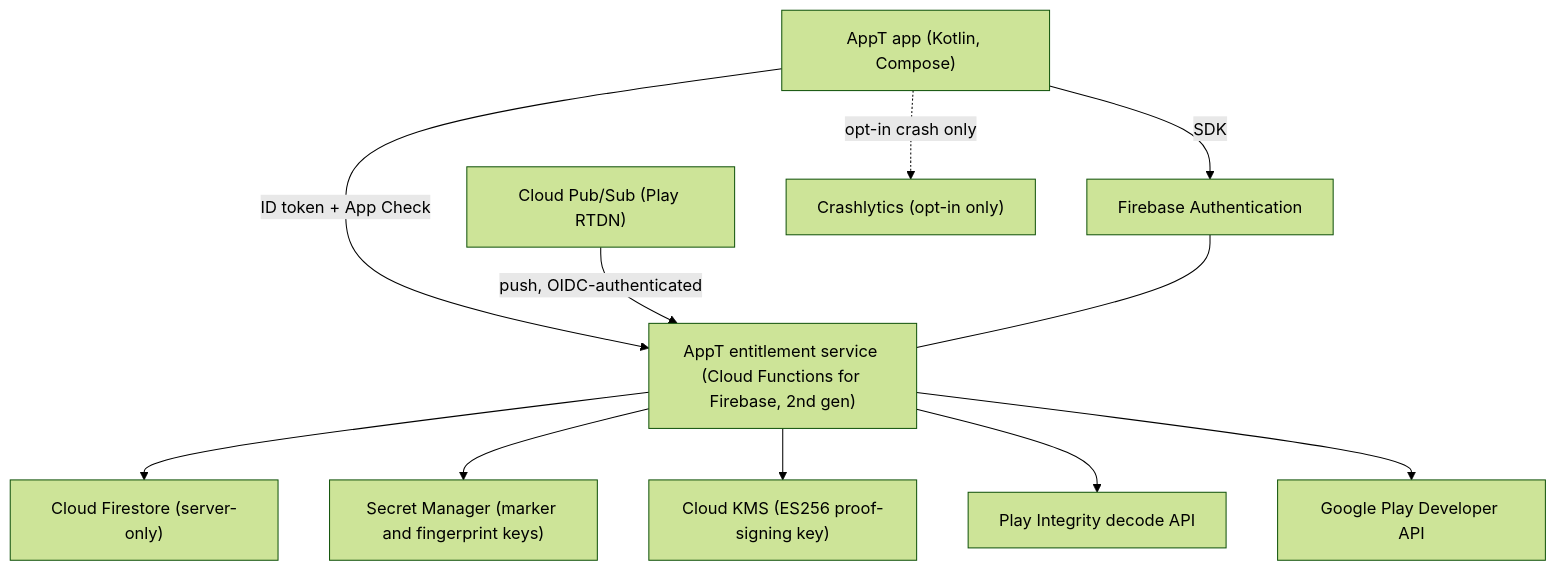
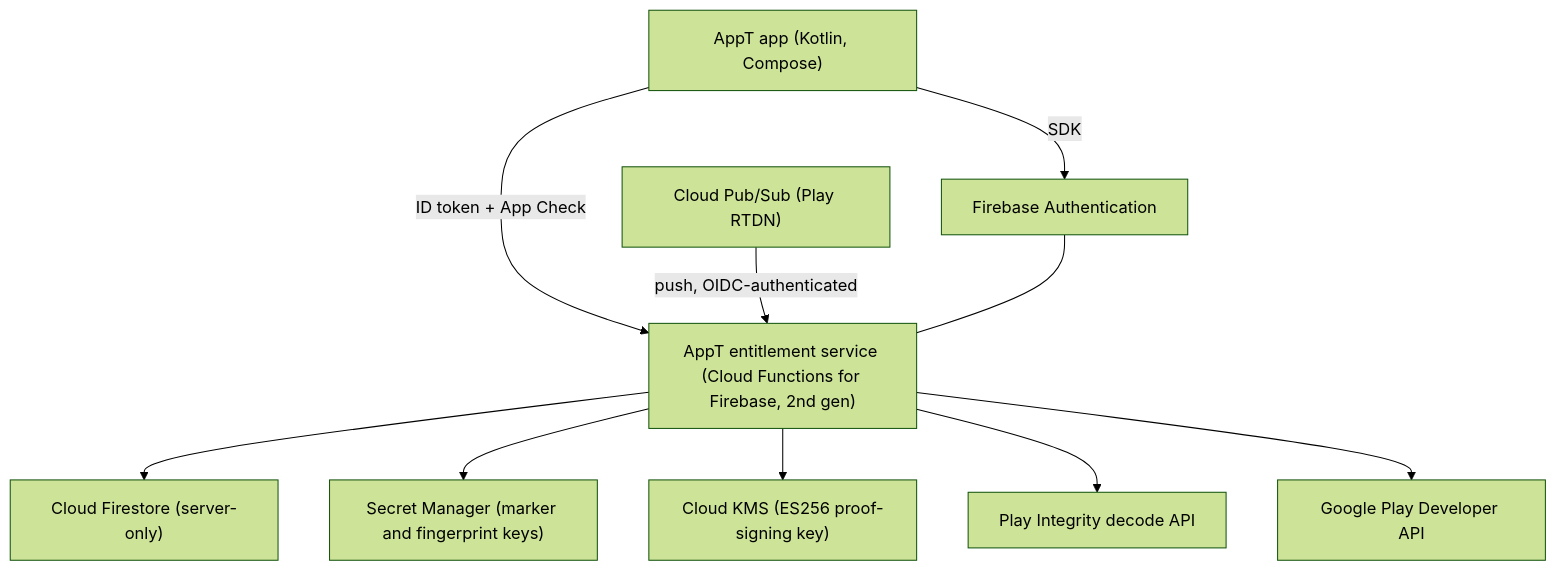
One commit to anthracite-labs/AppT changed the first of 4 diagrams in docs/architecture/sync.md. Above: the diagram before and after it, drawn with Mermaid (forest theme). The commit also changed other lines of this file and 17 other files, not shown here.

````diff
--- a/docs/architecture/sync.md
+++ b/docs/architecture/sync.md
@@ -33,24 +33,22 @@
 ```mermaid
 flowchart TD
   app["AppT app (Kotlin, Compose)"]
   auth["Firebase Authentication"]
   fn["AppT entitlement service (Cloud Functions for Firebase, 2nd gen)"]
   fs["Cloud Firestore (server-only)"]
   sm["Secret Manager (marker and fingerprint keys)"]
   kms["Cloud KMS (ES256 proof-signing key)"]
   integrity["Play Integrity decode API"]
   publisher["Google Play Developer API"]
   rtdn["Cloud Pub/Sub (Play RTDN)"]
-  crash["Crashlytics (opt-in only)"]
 
   app -->|"ID token + App Check"| fn
   app -->|"SDK"| auth
   fn --> fs
   fn --> sm
   fn --> kms
   fn --> integrity
   fn --> publisher
   rtdn -->|"push, OIDC-authenticated"| fn
-  app -.->|"opt-in crash only"| crash
   auth --- fn
 ```
````
